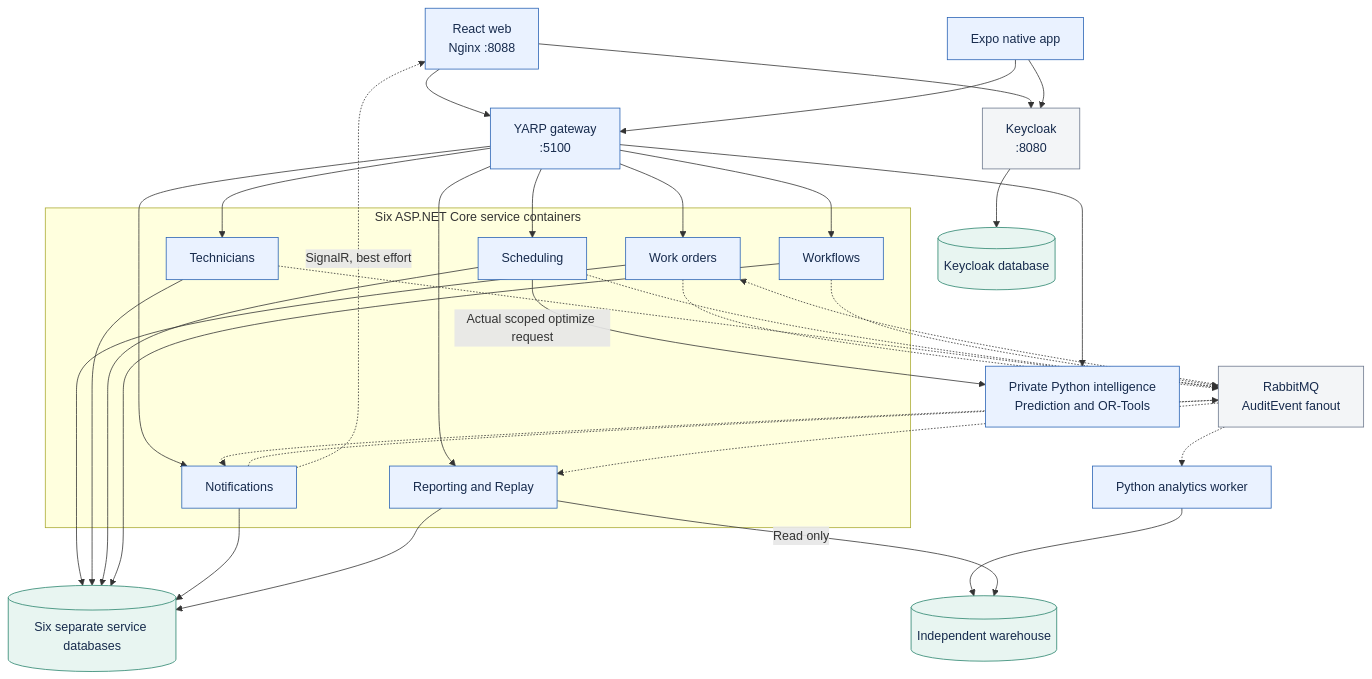
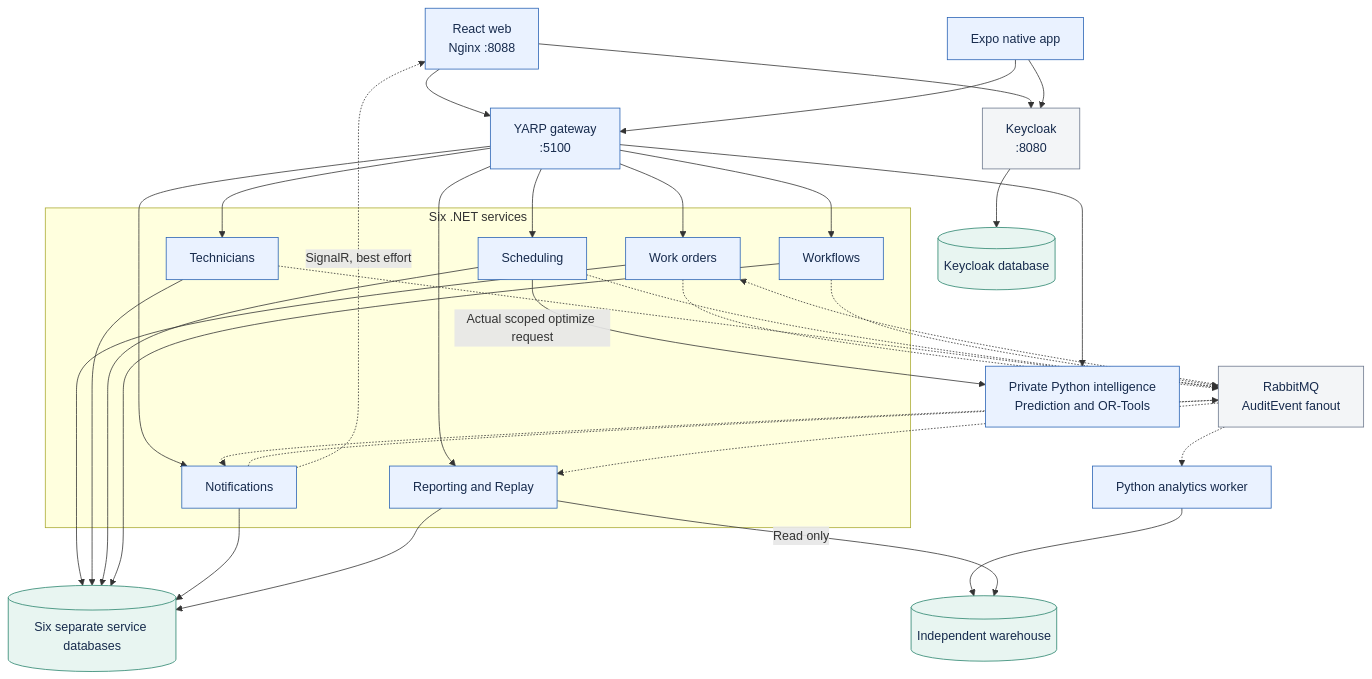
The diagram in docs/presentation/diagrams/02-container-architecture.mmd (tousif-anwar/fieldops3600), drawn with Mermaid before and after one commit. The commit also changed 106 other files, not shown here.

```diff
--- a/docs/presentation/diagrams/02-container-architecture.mmd
+++ b/docs/presentation/diagrams/02-container-architecture.mmd
@@ -1,47 +1,47 @@
 %% Solid links: HTTP or database access. Dashed links: asynchronous events/updates.
 flowchart TB
   Web["React web<br/>Nginx :8088"] --> Gateway["YARP gateway<br/>:5100"]
   Mobile["Expo native app"] --> Gateway
   Web --> Identity["Keycloak<br/>:8080"]
   Mobile --> Identity
-  subgraph Business["Six ASP.NET Core service containers"]
+  subgraph Business["Six .NET services"]
     Orders["Work orders"]
     Staff["Technicians"]
     Schedule["Scheduling"]
     Workflow["Workflows"]
     Notifications["Notifications"]
     Reporting["Reporting and Replay"]
   end
   Gateway --> Orders
   Gateway --> Staff
   Gateway --> Schedule
   Gateway --> Workflow
   Gateway --> Notifications
   Gateway --> Reporting
   Gateway --> Intelligence["Private Python intelligence<br/>Prediction and OR-Tools"]
   Schedule -->|"Actual scoped optimize request"| Intelligence
   Orders --> ServiceDBs[("Six separate service databases")]
   Staff --> ServiceDBs
   Schedule --> ServiceDBs
   Workflow --> ServiceDBs
   Notifications --> ServiceDBs
   Reporting --> ServiceDBs
   Orders -.-> Broker["RabbitMQ<br/>AuditEvent fanout"]
   Staff -.-> Broker
   Schedule -.-> Broker
   Workflow -.-> Broker
   Notifications -.-> Broker
   Broker -.-> Orders
   Broker -.-> Notifications
   Broker -.-> Reporting
   Broker -.-> Worker["Python analytics worker"]
   Worker --> Warehouse[("Independent warehouse")]
   Reporting -->|"Read only"| Warehouse
   Notifications -.->|"SignalR, best effort"| Web
   Identity --> IdentityDB[("Keycloak database")]
   classDef app fill:#EAF2FF,stroke:#2862B4,color:#172B4D
   classDef infra fill:#F3F5F7,stroke:#6B778C,color:#172B4D
   classDef data fill:#E8F5F1,stroke:#27836B,color:#172B4D
   class Web,Mobile,Gateway,Orders,Staff,Schedule,Workflow,Notifications,Reporting,Worker,Intelligence app
   class Identity,Broker infra
   class ServiceDBs,Warehouse,IdentityDB data
```
